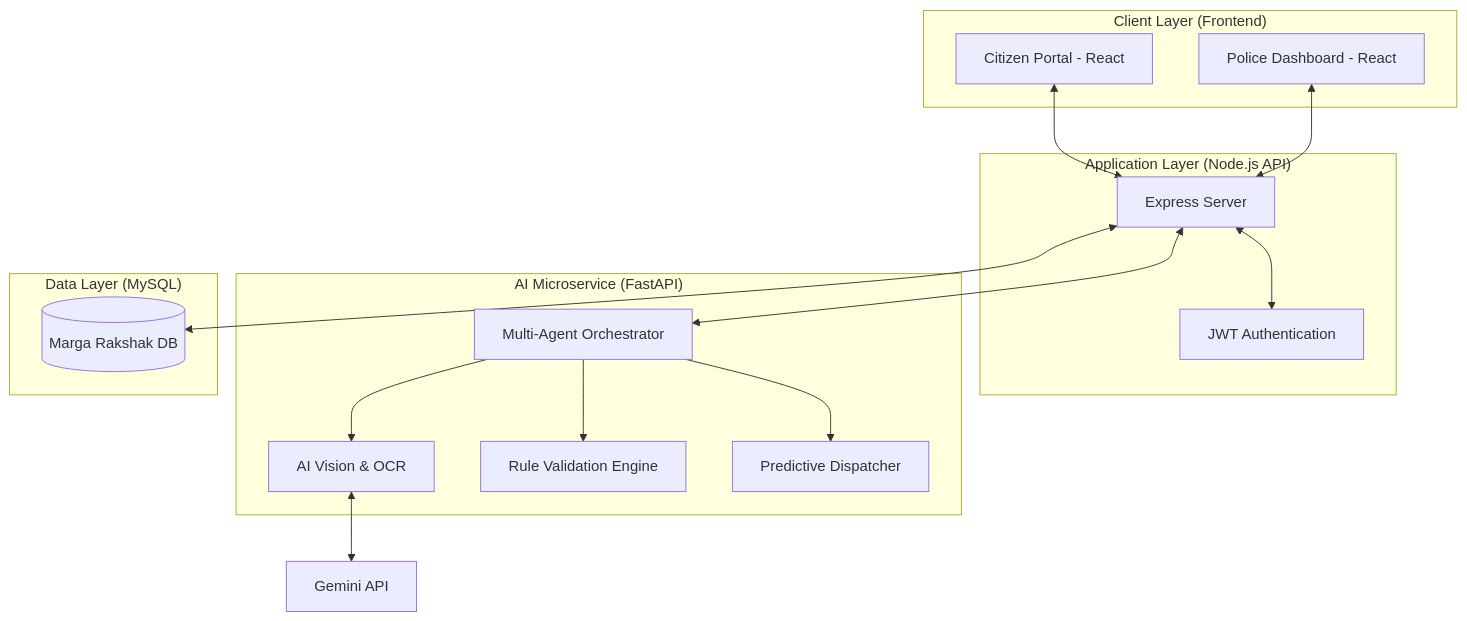
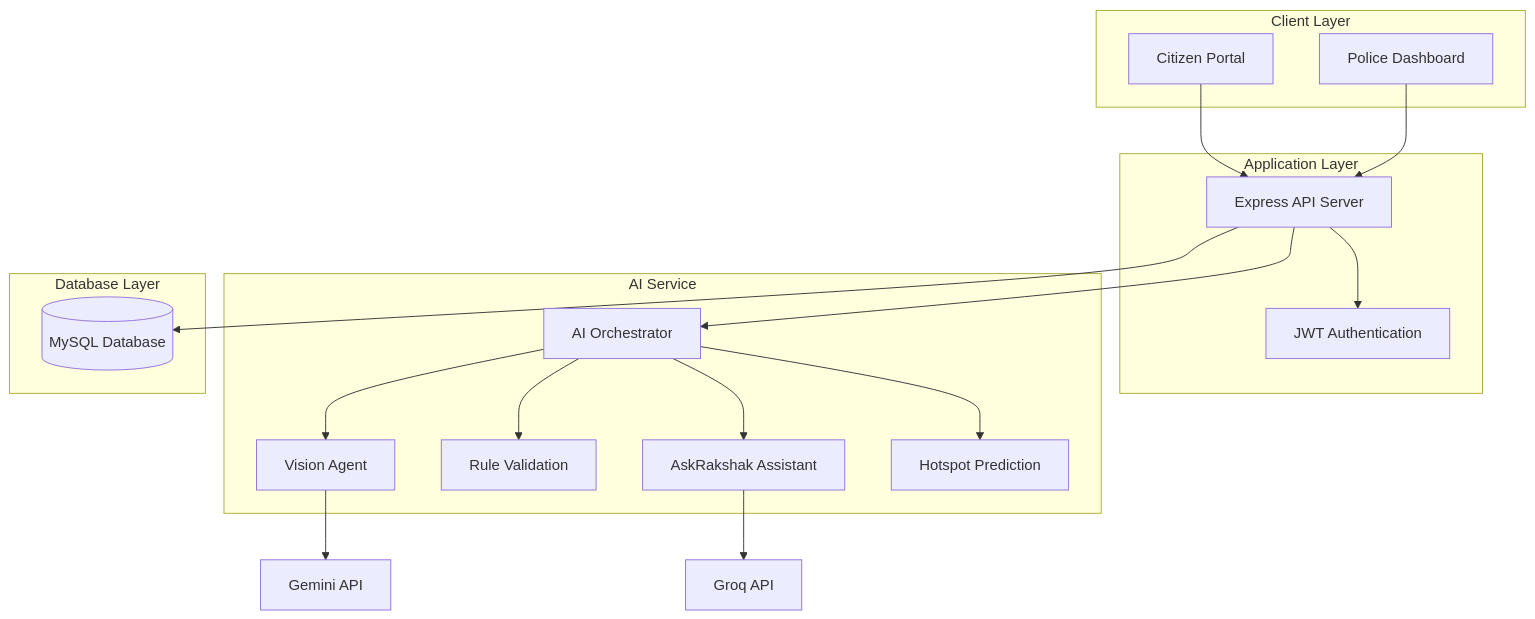
One commit to yuvanvishnupandi/margarakshak changed the first of 3 diagrams in README.md. Above: the diagram before and after it, drawn with Mermaid. The commit also changed other lines of this file, not shown here.

````diff
--- a/README.md
+++ b/README.md
@@ -29,34 +30,40 @@
 ```mermaid
 graph TD
-    subgraph "Client Layer (Frontend)"
-        CitizenUI[Citizen Portal - React]
-        PoliceUI[Police Dashboard - React]
-    end
 
-    subgraph "Application Layer (Node.js API)"
-        NodeAPI[Express Server]
-        Auth[JWT Authentication]
-    end
+subgraph Client["Client Layer"]
+Citizen[Citizen Portal]
+Police[Police Dashboard]
+end
 
-    subgraph "AI Microservice (FastAPI)"
-        AgentOrchestrator[Multi-Agent Orchestrator]
-        VisionAgent[AI Vision & OCR]
-        RuleAgent[Rule Validation Engine]
-        HotspotAgent[Predictive Dispatcher]
-    end
+subgraph Server["Application Layer"]
+API[Express API Server]
+AUTH[JWT Authentication]
+end
 
-    subgraph "Data Layer (MySQL)"
-        DB[(Marga Rakshak DB)]
-    end
+subgraph AI["AI Service"]
+ORCH[AI Orchestrator]
+VISION[Vision Agent]
+RULE[Rule Validation]
+CHATBOT[AskRakshak Assistant]
+HOTSPOT[Hotspot Prediction]
+end
 
-    %% Flow
-    CitizenUI <--> NodeAPI
-    PoliceUI <--> NodeAPI
-    NodeAPI <--> Auth
-    NodeAPI <--> DB
-    NodeAPI <--> AgentOrchestrator
-    AgentOrchestrator --> VisionAgent
-    AgentOrchestrator --> RuleAgent
-    AgentOrchestrator --> HotspotAgent
-    VisionAgent <--> GeminiAPI[Gemini API]
+subgraph Database["Database Layer"]
+MYSQL[(MySQL Database)]
+end
+
+Citizen --> API
+Police --> API
+
+API --> AUTH
+API --> MYSQL
+API --> ORCH
+
+ORCH --> VISION
+ORCH --> RULE
+ORCH --> CHATBOT
+ORCH --> HOTSPOT
+
+VISION --> GeminiAPI[Gemini API]
+CHATBOT --> GroqAPI[Groq API]
 ```
````
